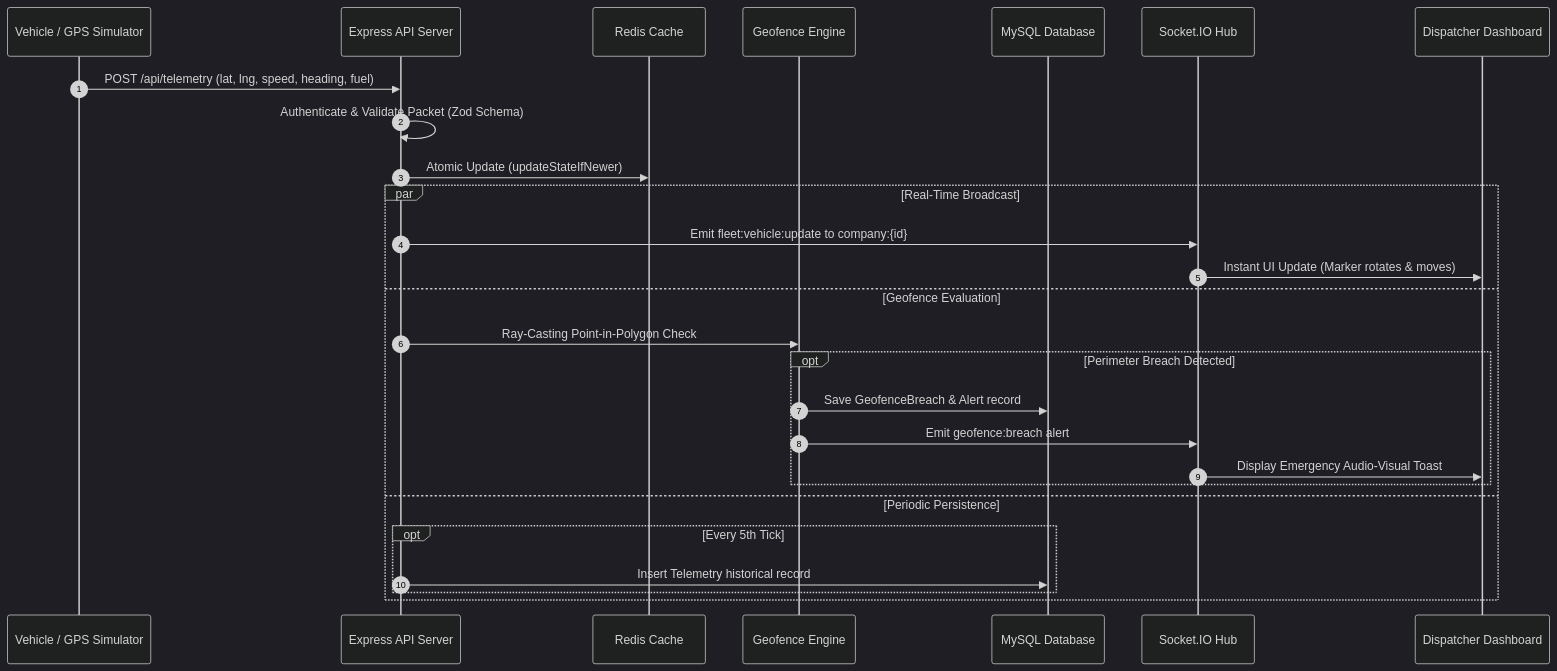
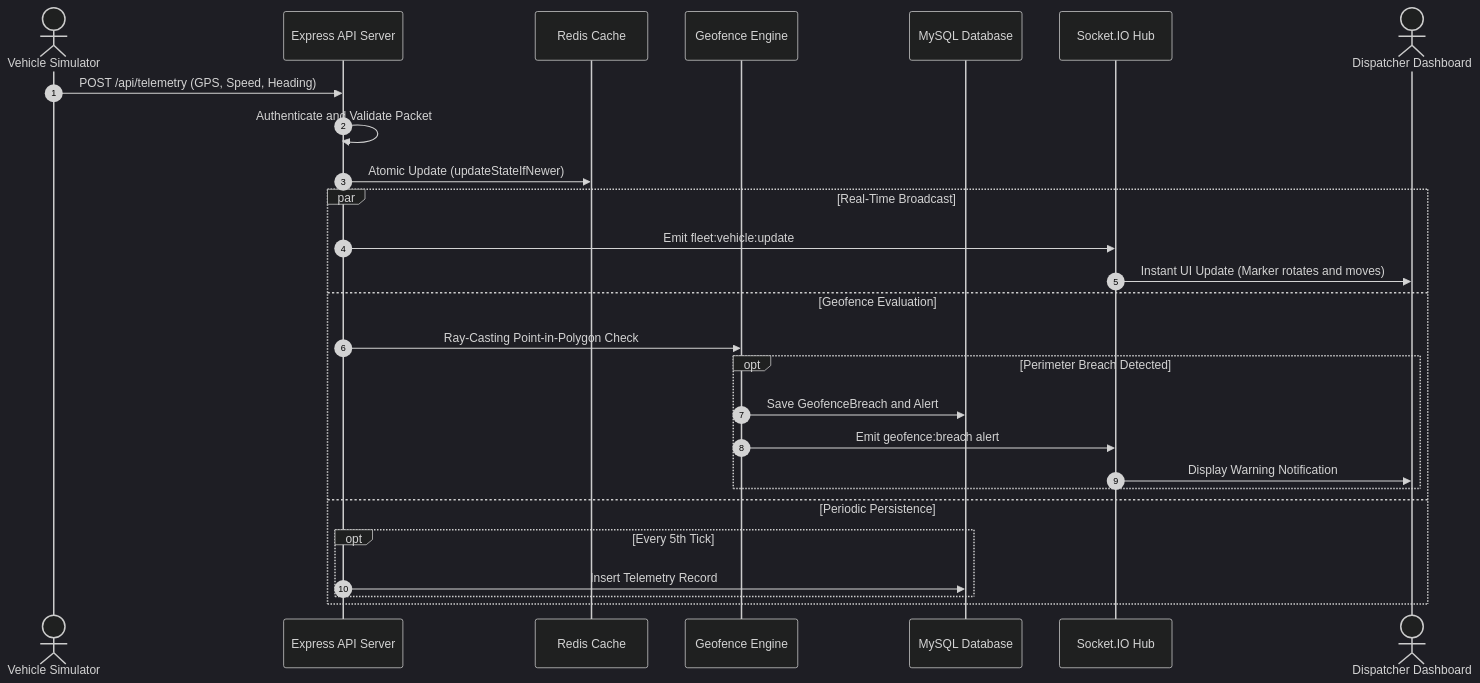
One commit to rakshita1802/FleetCore changed the second of 4 diagrams in README.md. Above: the diagram before and after it, drawn with Mermaid (dark theme). The commit also changed other lines of this file, not shown here.

Commit message:
fix: sanitize mermaid diagram syntax for clean rich display rendering

````diff
--- a/README.md
+++ b/README.md
@@ -73,31 +73,31 @@
 ```mermaid
 sequenceDiagram
     autonumber
-    participant Sim as Vehicle / GPS Simulator
+    actor Sim as Vehicle Simulator
     participant API as Express API Server
     participant Redis as Redis Cache
     participant GF as Geofence Engine
     participant DB as MySQL Database
     participant Socket as Socket.IO Hub
-    participant Client as Dispatcher Dashboard
+    actor Client as Dispatcher Dashboard
 
-    Sim->>API: POST /api/telemetry (lat, lng, speed, heading, fuel)
-    API->>API: Authenticate & Validate Packet (Zod Schema)
+    Sim->>API: POST /api/telemetry (GPS, Speed, Heading)
+    API->>API: Authenticate and Validate Packet
     API->>Redis: Atomic Update (updateStateIfNewer)
     
     par Real-Time Broadcast
-        API->>Socket: Emit fleet:vehicle:update to company:{id}
-        Socket->>Client: Instant UI Update (Marker rotates & moves)
+        API->>Socket: Emit fleet:vehicle:update
+        Socket->>Client: Instant UI Update (Marker rotates and moves)
     and Geofence Evaluation
         API->>GF: Ray-Casting Point-in-Polygon Check
         opt Perimeter Breach Detected
-            GF->>DB: Save GeofenceBreach & Alert record
+            GF->>DB: Save GeofenceBreach and Alert
             GF->>Socket: Emit geofence:breach alert
-            Socket->>Client: Display Emergency Audio-Visual Toast
+            Socket->>Client: Display Warning Notification
         end
     and Periodic Persistence
         opt Every 5th Tick
-            API->>DB: Insert Telemetry historical record
+            API->>DB: Insert Telemetry Record
         end
     end
 ```
````
